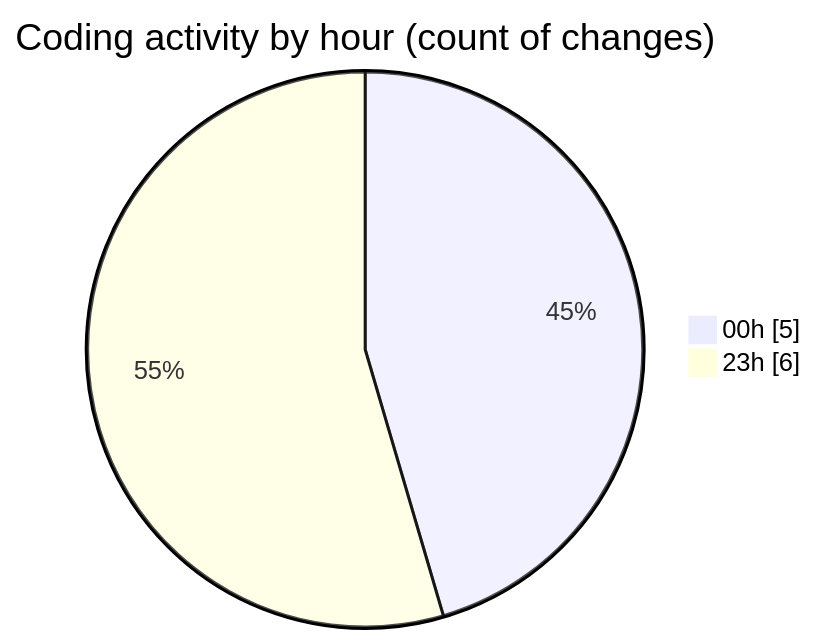
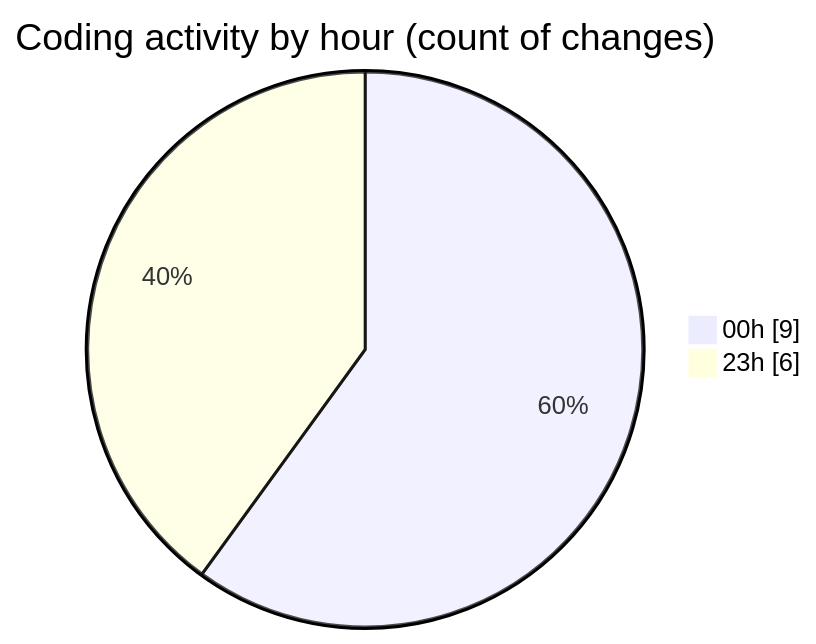
Before and after one commit to MatusMokan/code-tracking: the second of 2 diagrams in 2025-02-26/myws__workspace_/README.md, drawn with Mermaid. The commit also changed other lines of this file and 1 other file, not shown here.

````diff
--- a/2025-02-26/myws__workspace_/README.md
+++ b/2025-02-26/myws__workspace_/README.md
@@ -28,6 +28,6 @@
 ```mermaid
 pie showData
 title Coding activity by hour (count of changes)
-"00h" : 5
+"00h" : 9
 "23h" : 6
 ```
````
